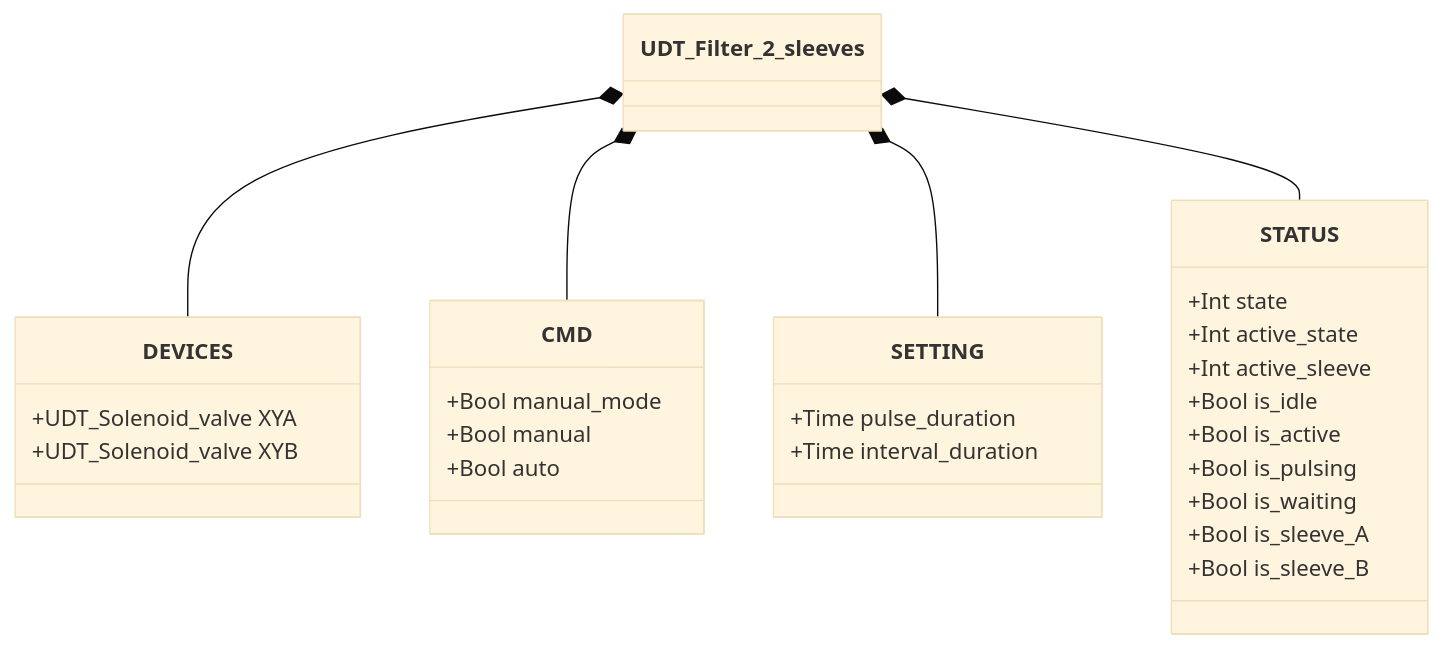
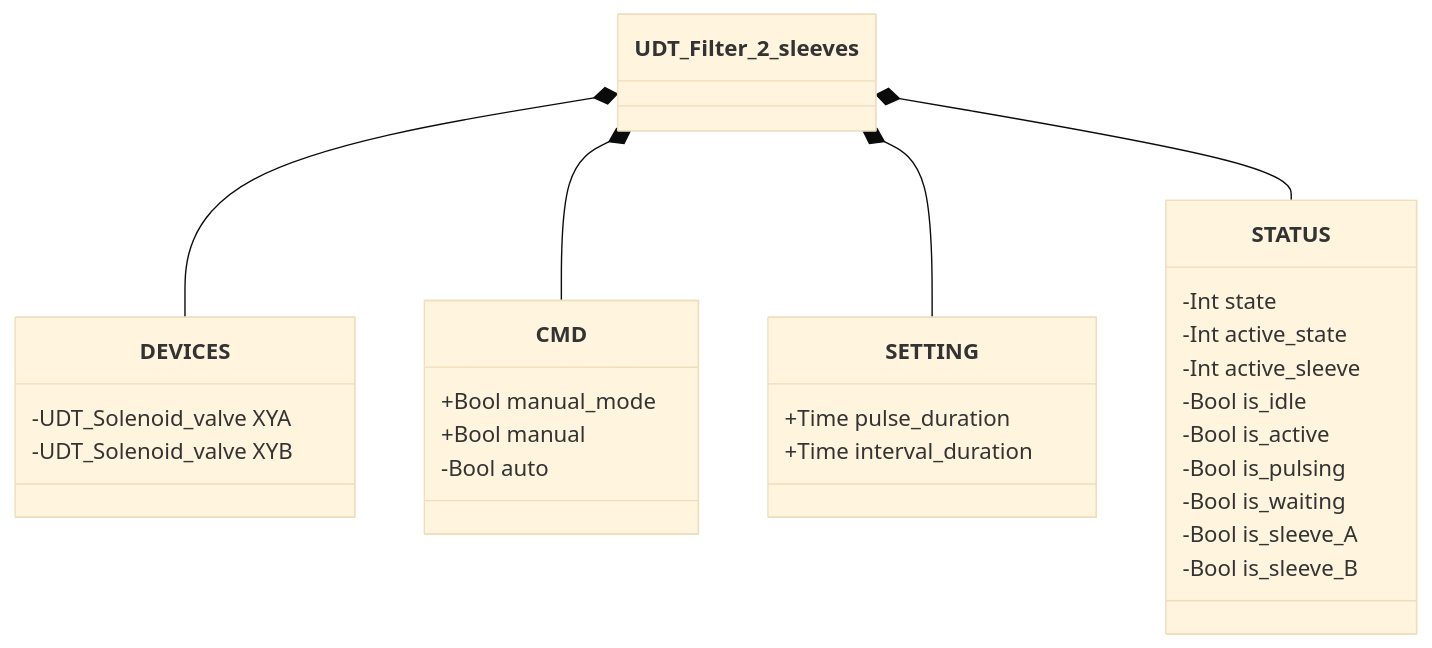
One commit to AleFire99/TIA_knowledge changed the first of 2 diagrams in docs/it/library/filters/2-sleeves/index.md. Above: the diagram before and after it, drawn with Mermaid (base theme). The commit also changed other lines of this file and 14 other files, not shown here.

````diff
--- a/docs/it/library/filters/2-sleeves/index.md
+++ b/docs/it/library/filters/2-sleeves/index.md
@@ -63,32 +22,32 @@
 ```mermaid
 classDiagram
     class UDT_Filter_2_sleeves
     class DEVICES {
-        +UDT_Solenoid_valve XYA
-        +UDT_Solenoid_valve XYB
+        -UDT_Solenoid_valve XYA
+        -UDT_Solenoid_valve XYB
     }
     class CMD {
         +Bool manual_mode
         +Bool manual
-        +Bool auto
+        -Bool auto
     }
     class SETTING {
         +Time pulse_duration
         +Time interval_duration
     }
     class STATUS {
-        +Int state
-        +Int active_state
-        +Int active_sleeve
-        +Bool is_idle
-        +Bool is_active
-        +Bool is_pulsing
-        +Bool is_waiting
-        +Bool is_sleeve_A
-        +Bool is_sleeve_B
+        -Int state
+        -Int active_state
+        -Int active_sleeve
+        -Bool is_idle
+        -Bool is_active
+        -Bool is_pulsing
+        -Bool is_waiting
+        -Bool is_sleeve_A
+        -Bool is_sleeve_B
     }
     UDT_Filter_2_sleeves *-- DEVICES
     UDT_Filter_2_sleeves *-- CMD
     UDT_Filter_2_sleeves *-- SETTING
     UDT_Filter_2_sleeves *-- STATUS
 ```
````
